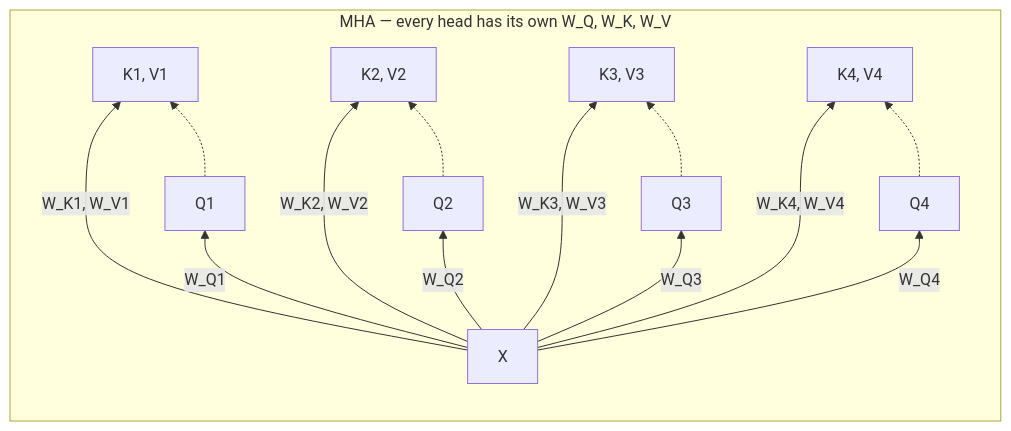
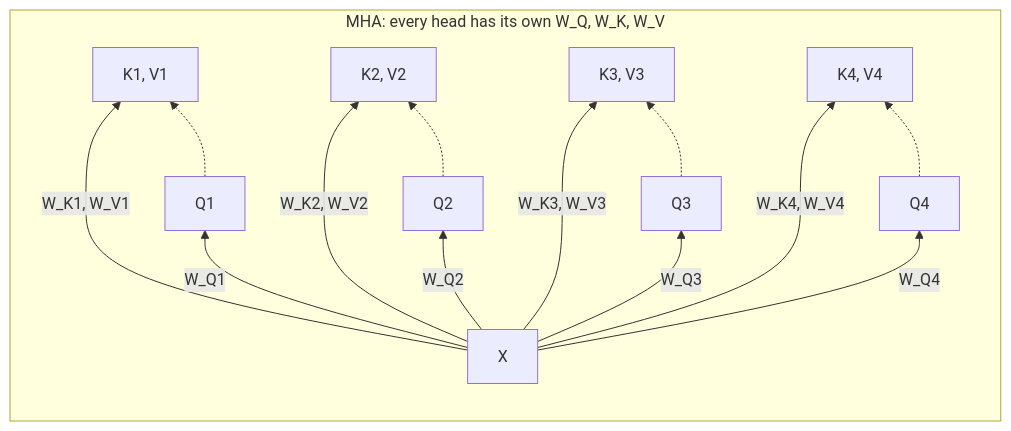
Before and after one commit to hyunwonch/hyunwonch.github.io: the fourth of 9 diagrams in _posts/2026-08-19-evolution-of-attention.md, drawn with Mermaid. The commit also changed other lines of this file, not shown here.

````diff
--- a/_posts/2026-08-19-evolution-of-attention.md
+++ b/_posts/2026-08-19-evolution-of-attention.md
@@ -139,19 +139,19 @@
 ```mermaid
 %%{init: {'flowchart': {'useMaxWidth': false}}}%%
 graph BT
-    subgraph MHA["MHA — every head has its own W_Q, W_K, W_V"]
+    subgraph MHA["MHA: every head has its own W_Q, W_K, W_V"]
         direction BT
         XA["X"] -->|"W_Q1"| A1["Q1"]
         XA -->|"W_Q2"| A2["Q2"]
         XA -->|"W_Q3"| A3["Q3"]
         XA -->|"W_Q4"| A4["Q4"]
         XA -->|"W_K1, W_V1"| AK1["K1, V1"]
         XA -->|"W_K2, W_V2"| AK2["K2, V2"]
         XA -->|"W_K3, W_V3"| AK3["K3, V3"]
         XA -->|"W_K4, W_V4"| AK4["K4, V4"]
         A1 -.-> AK1
         A2 -.-> AK2
         A3 -.-> AK3
         A4 -.-> AK4
     end
 ```
````
